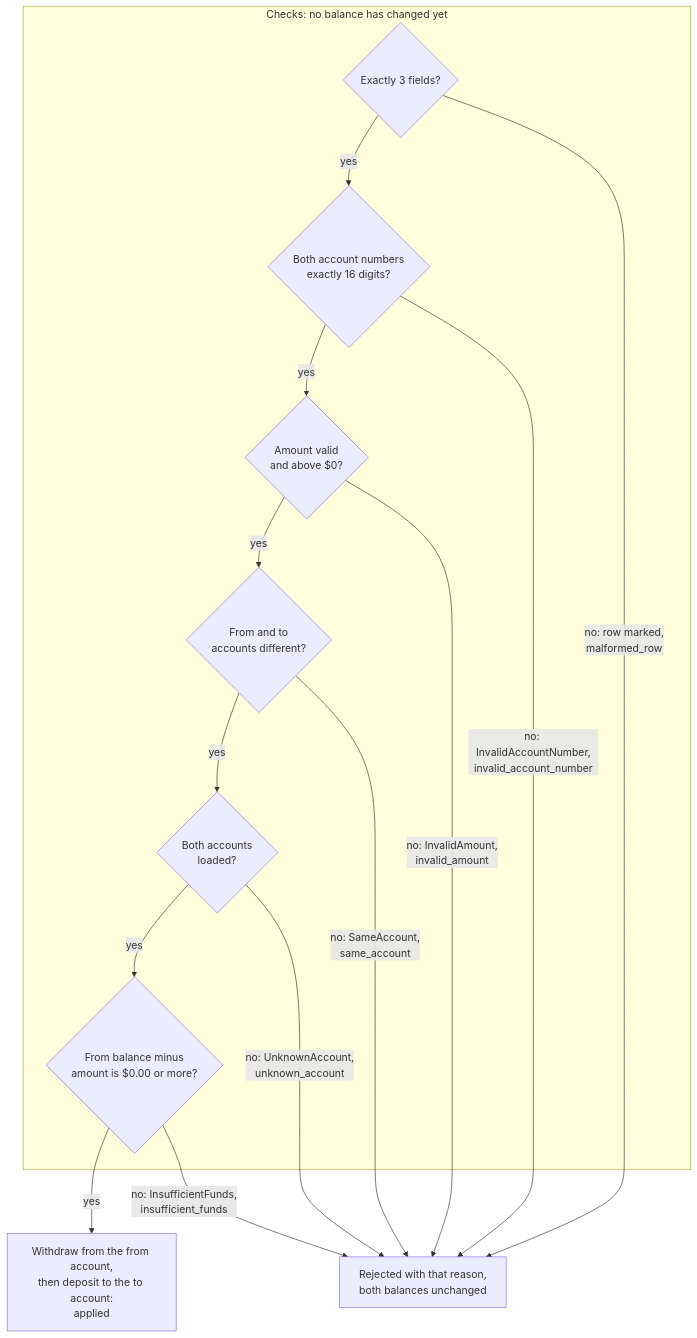
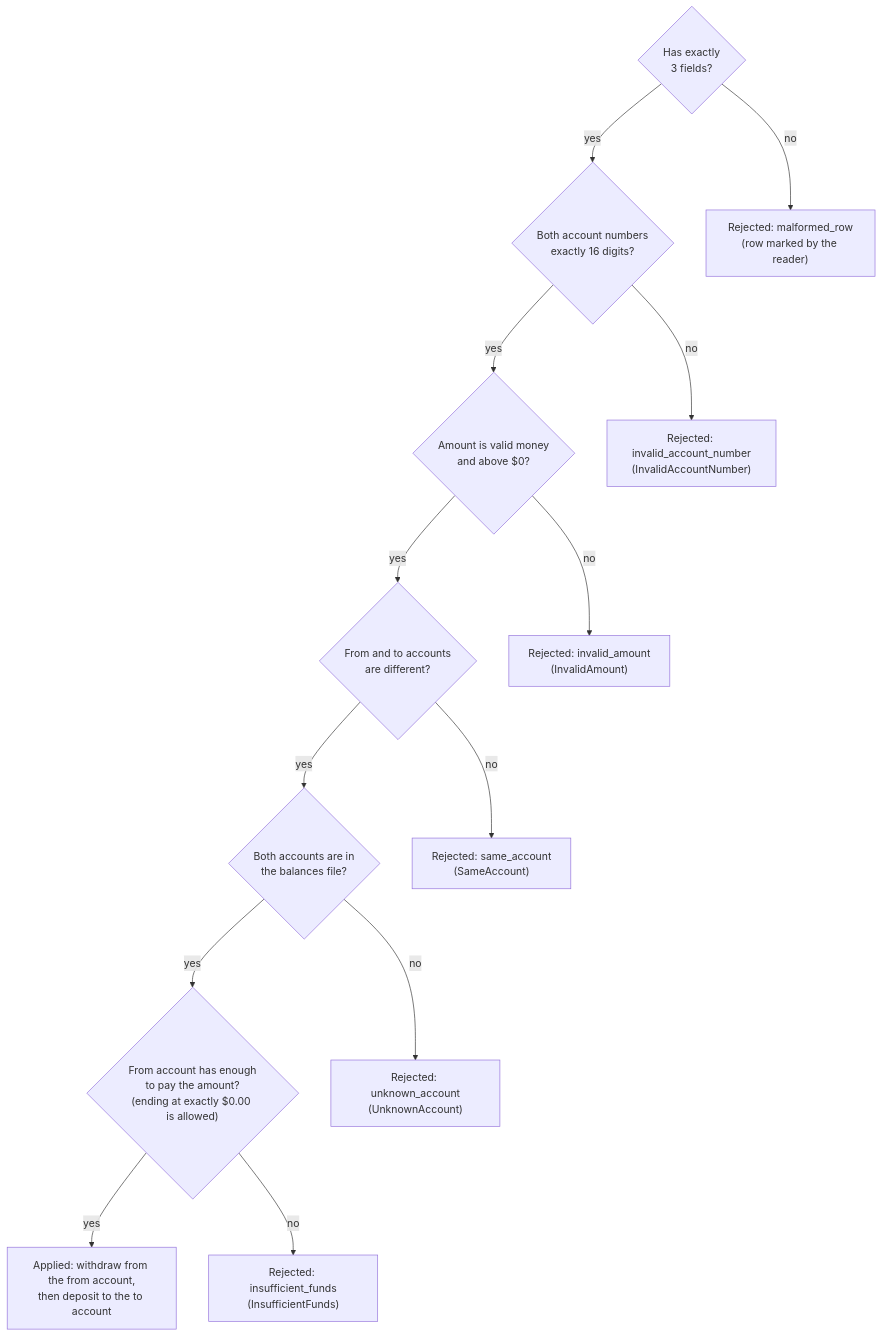
Before and after one commit to hetal-patel78/mable-backend-code-challenge: the diagram in docs/solution-design/07-logical-flow/01-apply-one-transfer.md, drawn with Mermaid. The commit also changed other lines of this file, not shown here.

Commit message:
Make the transfer checks table and flowchart easier to read
Each check is now a question with its own "yes" and "no" arrows, and each
"no" goes to its own rejected box. The table says what makes a row pass and
which reason it is rejected with, in the same words as the flowchart.

````diff
--- a/docs/solution-design/07-logical-flow/01-apply-one-transfer.md
+++ b/docs/solution-design/07-logical-flow/01-apply-one-transfer.md
@@ -7,17 +7,15 @@
 ```mermaid
 flowchart TD
-    subgraph checks["Checks: no balance has changed yet"]
-        A{"Exactly 3 fields?"} -->|yes| B{"Both account numbers<br/>exactly 16 digits?"}
-        B -->|yes| C{"Amount valid<br/>and above $0?"}
-        C -->|yes| D{"From and to<br/>accounts different?"}
-        D -->|yes| E{"Both accounts<br/>loaded?"}
-        E -->|yes| F{"From balance minus<br/>amount is $0.00 or more?"}
-    end
-    F -->|yes| G["Withdraw from the from account,<br/>then deposit to the to account:<br/>applied"]
-    A -->|"no: row marked,<br/>malformed_row"| R["Rejected with that reason,<br/>both balances unchanged"]
-    B -->|"no: InvalidAccountNumber,<br/>invalid_account_number"| R
-    C -->|"no: InvalidAmount,<br/>invalid_amount"| R
-    D -->|"no: SameAccount,<br/>same_account"| R
-    E -->|"no: UnknownAccount,<br/>unknown_account"| R
-    F -->|"no: InsufficientFunds,<br/>insufficient_funds"| R
+    A{"Has exactly<br/>3 fields?"} -->|yes| B{"Both account numbers<br/>exactly 16 digits?"}
+    B -->|yes| C{"Amount is valid money<br/>and above $0?"}
+    C -->|yes| D{"From and to accounts<br/>are different?"}
+    D -->|yes| E{"Both accounts are in<br/>the balances file?"}
+    E -->|yes| F{"From account has enough<br/>to pay the amount?<br/>(ending at exactly $0.00 is allowed)"}
+    F -->|yes| G["Applied: withdraw from the from account,<br/>then deposit to the to account"]
+    A -->|no| RA["Rejected: malformed_row<br/>(row marked by the reader)"]
+    B -->|no| RB["Rejected: invalid_account_number<br/>(InvalidAccountNumber)"]
+    C -->|no| RC["Rejected: invalid_amount<br/>(InvalidAmount)"]
+    D -->|no| RD["Rejected: same_account<br/>(SameAccount)"]
+    E -->|no| RE["Rejected: unknown_account<br/>(UnknownAccount)"]
+    F -->|no| RF["Rejected: insufficient_funds<br/>(InsufficientFunds)"]
 ```
````
